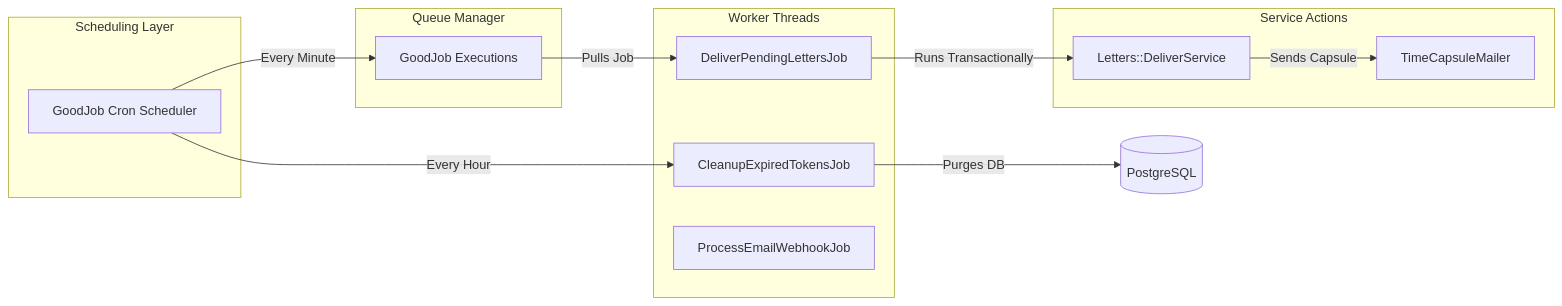
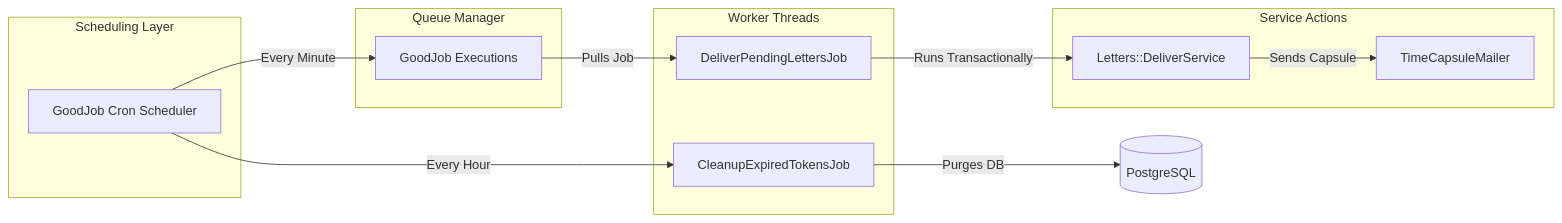
Before and after one commit to nmenag/time_echo: the fifth of 6 diagrams in docs/architecture.md, drawn with Mermaid. The commit also changed other lines of this file and 42 other files, not shown here.

````diff
--- a/docs/architecture.md
+++ b/docs/architecture.md
@@ -296,29 +292,28 @@
 ```mermaid
 graph LR
     subgraph Trigger [Scheduling Layer]
         Cron[GoodJob Cron Scheduler]
     end
 
     subgraph GoodJob [Queue Manager]
         Ready[GoodJob Executions]
     end
 
     subgraph Workers [Worker Threads]
         DelJob[DeliverPendingLettersJob]
         ClClean[CleanupExpiredTokensJob]
-        WebHook[ProcessEmailWebhookJob]
     end
 
     subgraph Execution [Service Actions]
         DS[Letters::DeliverService]
         SMTP[TimeCapsuleMailer]
     end
 
     Cron -->|Every Minute| Ready
     Ready -->|Pulls Job| DelJob
     DelJob -->|Runs Transactionally| DS
     DS -->|Sends Capsule| SMTP
     
     Cron -->|Every Hour| ClClean
     ClClean -->|Purges DB| PG[(PostgreSQL)]
 ```
````
